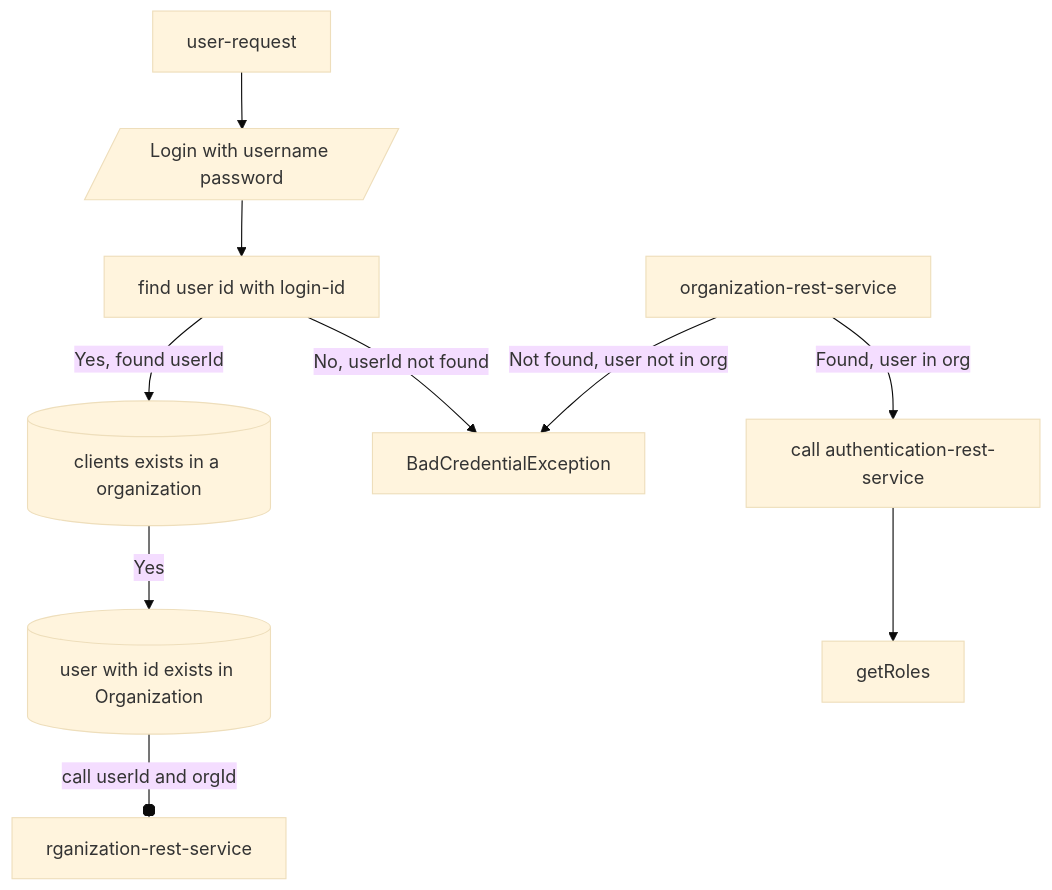
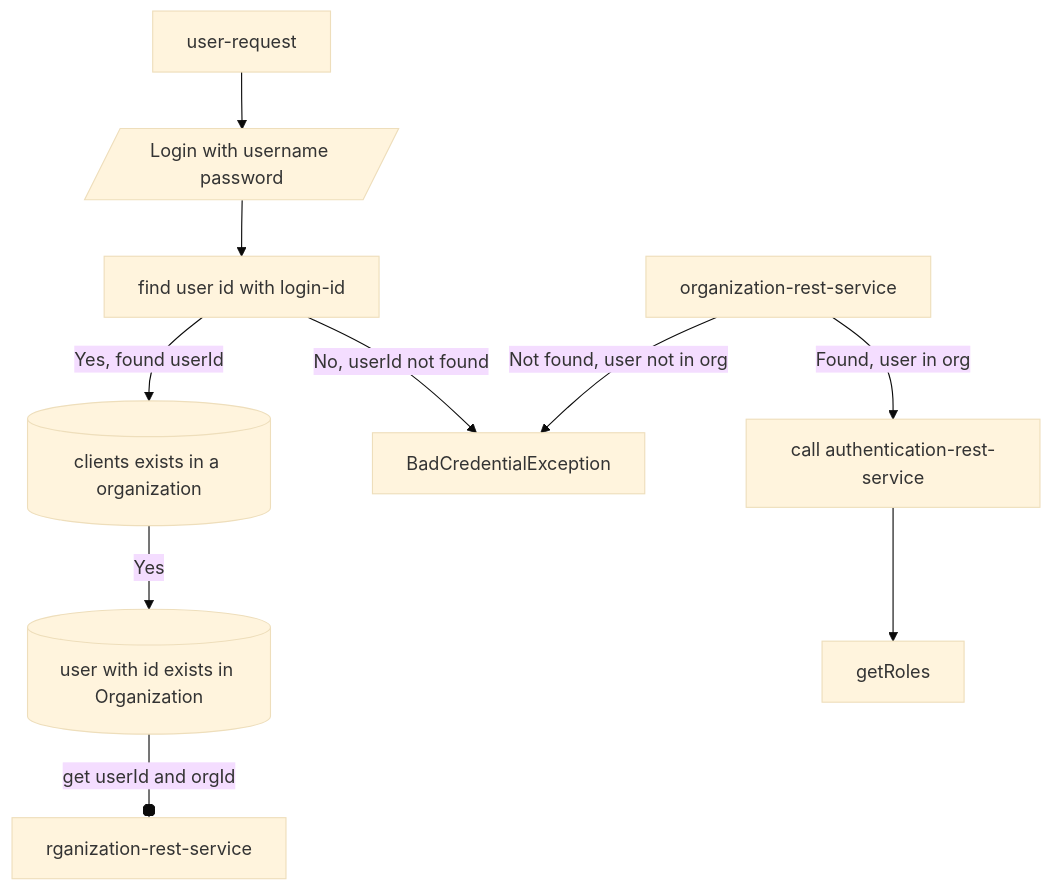
Before and after one commit to sonamsamdupkhangsar/spring-authorization-serve: the diagram in README.md, drawn with Mermaid (base theme).

Commit message:
commit reademe

````diff
--- a/README.md
+++ b/README.md
@@ -35,13 +35,13 @@
 ```mermaid
 flowchart TD
  User[user-request] -->login[/Login with username password/]
  login --> findUserId[find user id with login-id]
  findUserId -->|Yes, found userId|checkClientInOrg[(clients exists in a organization)]
  findUserId -->|No, userId not found|returnError[BadCredentialException]
  checkClientInOrg -->|Yes| userExistsInOrg[(user with id exists in Organization)]
 
- userExistsInOrg --call userId and orgId--organization-rest-service
+ userExistsInOrg --get userId and orgId--organization-rest-service
  organization-rest-service -->|Found, user in org|authenticate[call authentication-rest-service]
  organization-rest-service -->|Not found, user not in org| returnError
  authenticate --> getRoles
 ```
````
